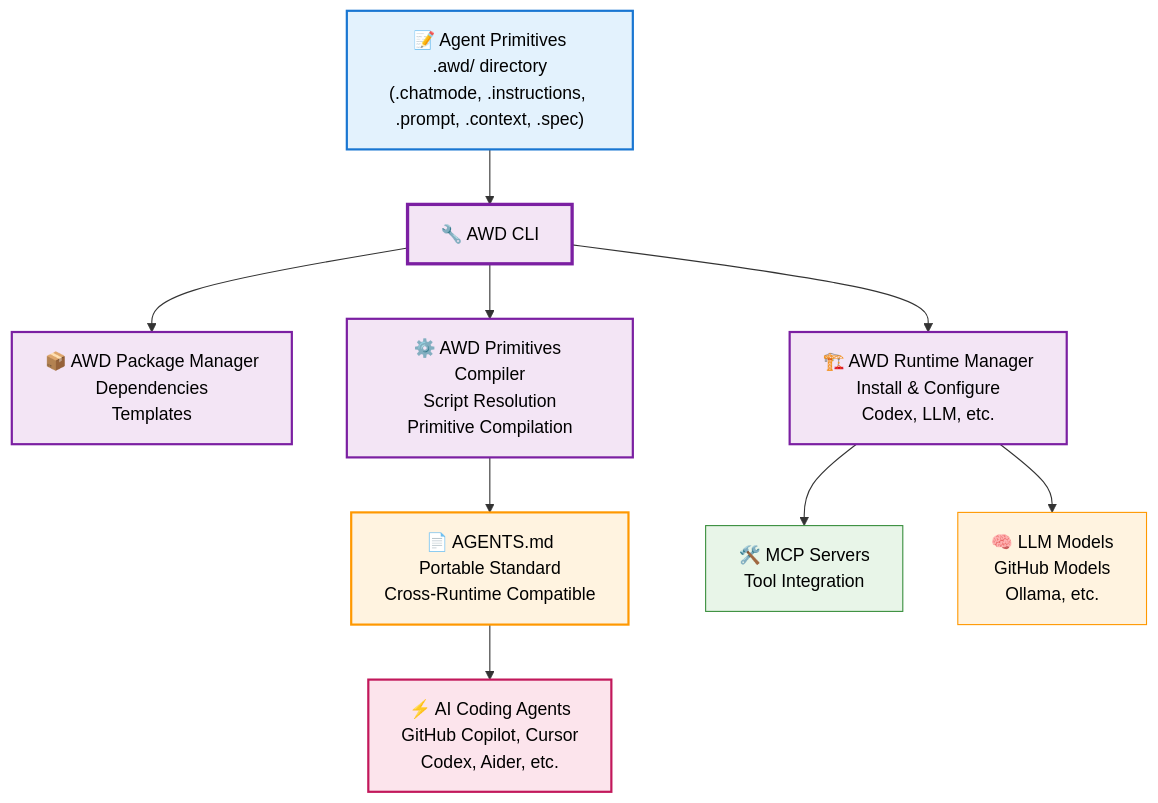
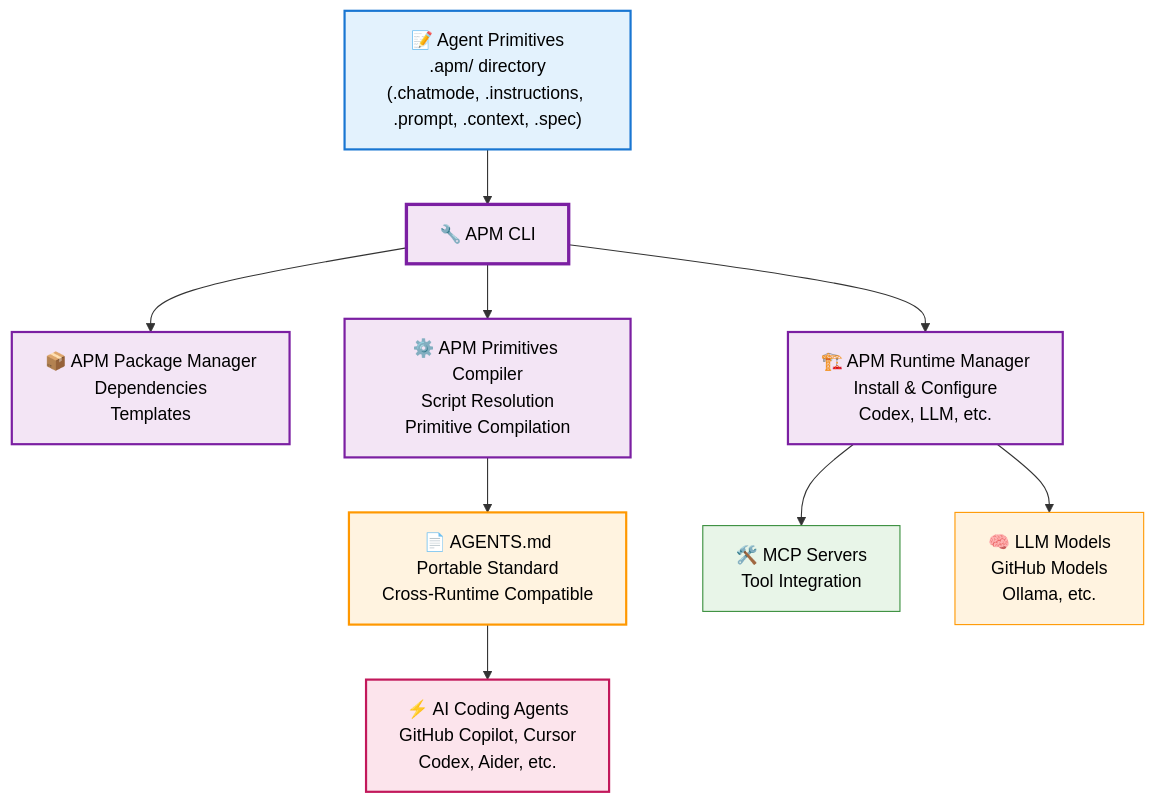
Before and after one commit to danielmeppiel/apm-cli: the diagram in README.md, drawn with Mermaid. The commit also changed other lines of this file and 141 other files, not shown here.

Commit message:
Rename to APM CLI - Agentic Primitives Manager

````diff
--- a/README.md
+++ b/README.md
@@ -229,25 +229,25 @@
 ```mermaid
 graph TD
-    A["📝 Agent Primitives<br/>.awd/ directory<br/>(.chatmode, .instructions, .prompt, .context, .spec)"] --> B["🔧 AWD CLI"]
+    A["📝 Agent Primitives<br/>.apm/ directory<br/>(.chatmode, .instructions, .prompt, .context, .spec)"] --> B["🔧 APM CLI"]
     
-    B --> D["📦 AWD Package Manager<br/>Dependencies<br/>Templates"]
-    B --> C["⚙️ AWD Primitives Compiler<br/>Script Resolution<br/>Primitive Compilation"]
-    B --> E["🏗️ AWD Runtime Manager<br/>Install & Configure<br/>Codex, LLM, etc."]
+    B --> D["📦 APM Package Manager<br/>Dependencies<br/>Templates"]
+    B --> C["⚙️ APM Primitives Compiler<br/>Script Resolution<br/>Primitive Compilation"]
+    B --> E["🏗️ APM Runtime Manager<br/>Install & Configure<br/>Codex, LLM, etc."]
     
     C --> F["📄 AGENTS.md<br/>Portable Standard<br/>Cross-Runtime Compatible"]
     
     F --> G["⚡ AI Coding Agents<br/>GitHub Copilot, Cursor<br/>Codex, Aider, etc."]
     
     E --> H["🛠️ MCP Servers<br/>Tool Integration"]
     E --> I["🧠 LLM Models<br/>GitHub Models<br/>Ollama, etc."]
     
     style A fill:#e3f2fd,stroke:#1976d2,stroke-width:2px,color:#000
     style B fill:#f3e5f5,stroke:#7b1fa2,stroke-width:3px,color:#000
     style C fill:#f3e5f5,stroke:#7b1fa2,stroke-width:2px,color:#000
     style D fill:#f3e5f5,stroke:#7b1fa2,stroke-width:2px,color:#000
     style E fill:#f3e5f5,stroke:#7b1fa2,stroke-width:2px,color:#000
     style F fill:#fff3e0,stroke:#ff9800,stroke-width:2px,color:#000
     style G fill:#fce4ec,stroke:#c2185b,stroke-width:2px,color:#000
     style H fill:#e8f5e8,stroke:#388e3c,stroke-width:1px,color:#000
     style I fill:#fff3e0,stroke:#ff9800,stroke-width:1px,color:#000
 ```
````
